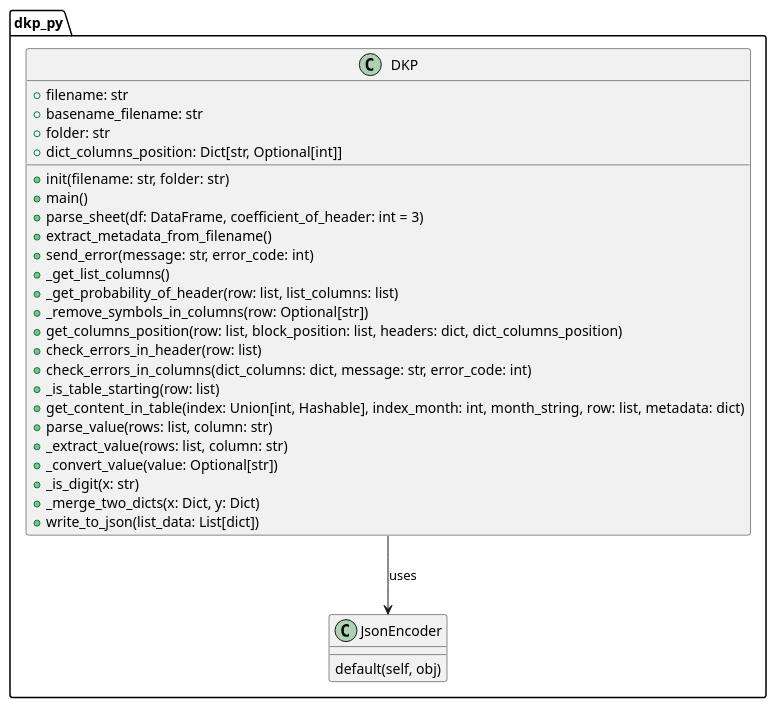
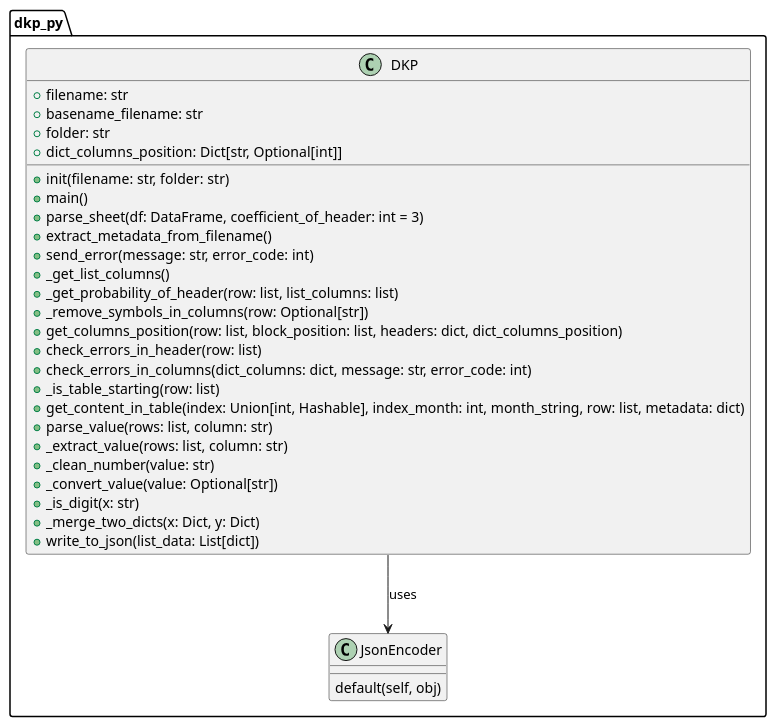
One commit to agladsoft/DataCore changed the first of 2 diagrams in diagrams/dkp.puml. Above: the diagram before and after it, drawn with PlantUML. The commit also changed 1 other file, not shown here.

```diff
--- a/diagrams/dkp.puml
+++ b/diagrams/dkp.puml
@@ -1,41 +1,42 @@
 @startuml
 
 package "dkp_py" {
 
     class DKP {
         + filename: str
         + basename_filename: str
         + folder: str
         + dict_columns_position: Dict[str, Optional[int]]
 
         + init(filename: str, folder: str)
         + main()
         + parse_sheet(df: DataFrame, coefficient_of_header: int = 3)
         + extract_metadata_from_filename()
         + send_error(message: str, error_code: int)
         + _get_list_columns()
         + _get_probability_of_header(row: list, list_columns: list)
         + _remove_symbols_in_columns(row: Optional[str])
         + get_columns_position(row: list, block_position: list, headers: dict, dict_columns_position)
         + check_errors_in_header(row: list)
         + check_errors_in_columns(dict_columns: dict, message: str, error_code: int)
         + _is_table_starting(row: list)
         + get_content_in_table(index: Union[int, Hashable], index_month: int, month_string, row: list, metadata: dict)
         + parse_value(rows: list, column: str)
         + _extract_value(rows: list, column: str)
+        +_clean_number(value: str)
         + _convert_value(value: Optional[str])
         + _is_digit(x: str)
         + _merge_two_dicts(x: Dict, y: Dict)
         + write_to_json(list_data: List[dict])
     }
 
 
     class JsonEncoder {
         default(self, obj)
     }
 
 }
 
 DKP --> JsonEncoder : uses
 
 @enduml
```
